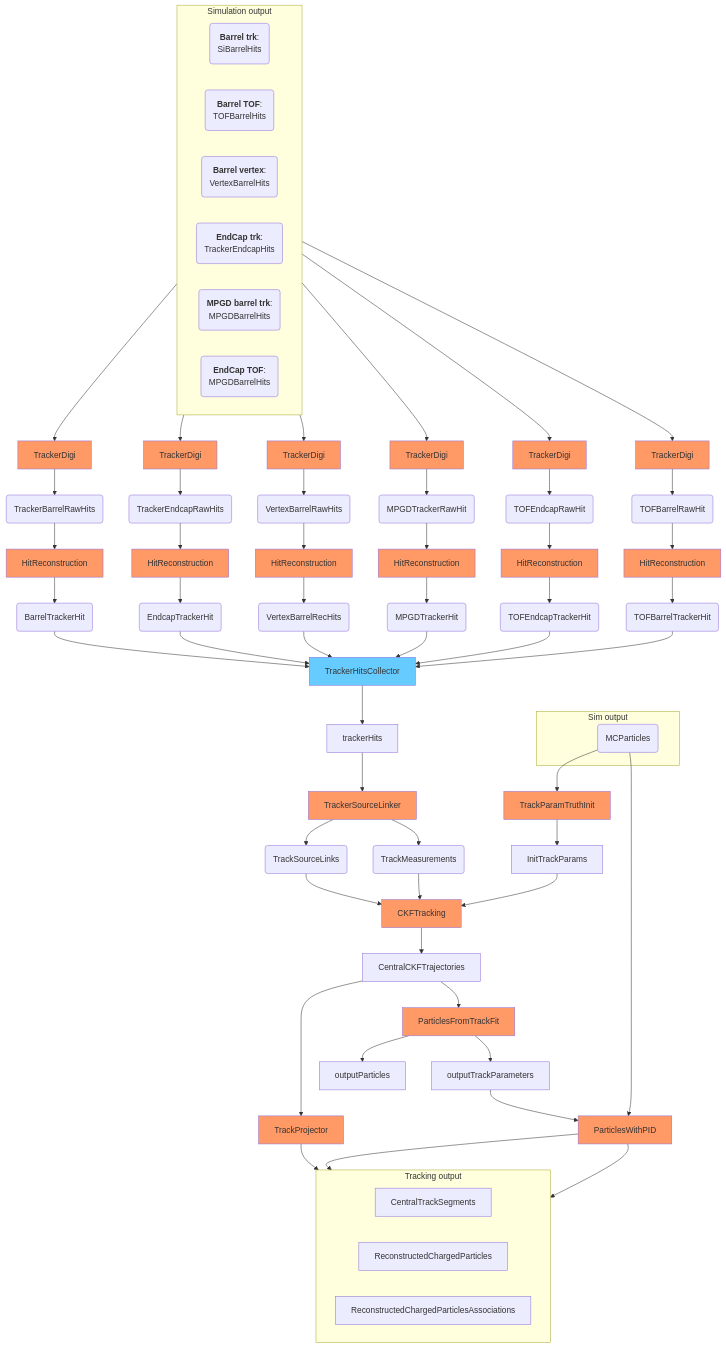
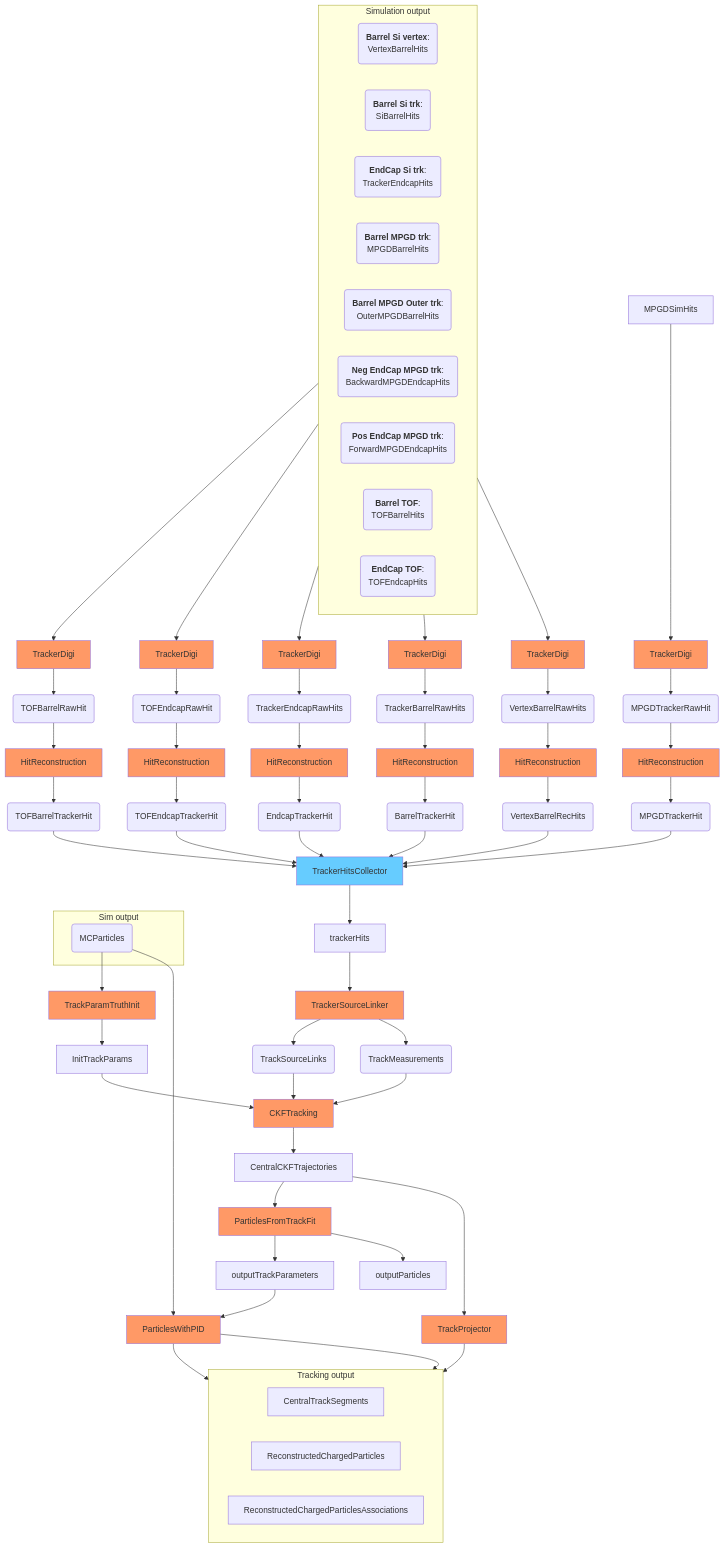
Before and after one commit to eic/EICrecon: the second of 2 diagrams in docs/design/tracking.md, drawn with Mermaid.

```diff
--- a/docs/design/tracking.md
+++ b/docs/design/tracking.md
@@ -56,12 +56,15 @@
   subgraph Simulation output
     direction LR
 
-    BTRKSimHits(<strong>Barrel trk</strong>:<br/>SiBarrelHits)
+    BVTXSimHits(<strong>Barrel Si vertex</strong>:<br/>VertexBarrelHits)
+    BTRKSimHits(<strong>Barrel Si trk</strong>:<br/>SiBarrelHits)
+    ECTRKSimHits(<strong>EndCap Si trk</strong>:<br/>TrackerEndcapHits)
+    BMPGDSimHits(<strong>Barrel MPGD trk</strong>:<br/>MPGDBarrelHits)
+    OBMPGDSimHits(<strong>Barrel MPGD Outer trk</strong>:<br/>OuterMPGDBarrelHits)
+    ECNMPGDSimHits(<strong>Neg EndCap MPGD trk</strong>:<br/>BackwardMPGDEndcapHits)
+    ECPMPGDSimHits(<strong>Pos EndCap MPGD trk</strong>:<br/>ForwardMPGDEndcapHits)
     BTOFSimHits(<strong>Barrel TOF</strong>:<br/>TOFBarrelHits)
-    BVTXSimHits(<strong>Barrel vertex</strong>:<br/>VertexBarrelHits)
-    ECTRKSimHits(<strong>EndCap trk</strong>:<br/>TrackerEndcapHits)
-    MPGDSimHits(<strong>MPGD barrel trk</strong>:<br/>MPGDBarrelHits)
-    ECTOFSimHits(<strong>EndCap TOF</strong>:<br/>MPGDBarrelHits)
+    ECTOFSimHits(<strong>EndCap TOF</strong>:<br/>TOFEndcapHits)
   end
 
   BTOFSimHits --> BTOFTrackerDigi[TrackerDigi]:::alg
```
